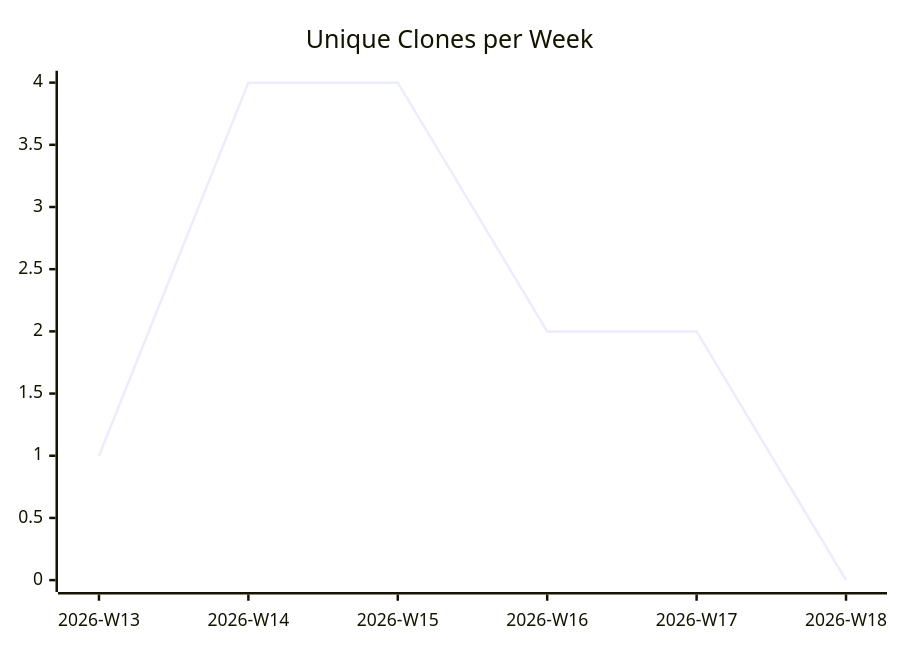
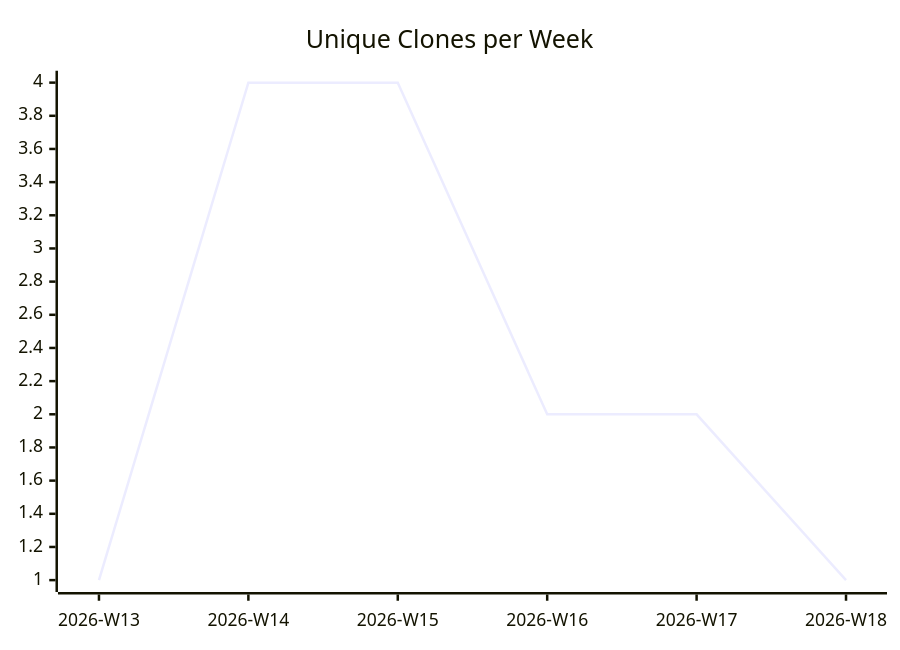
One commit to justdavis-family/github-analytics-data changed the third of 3 diagrams in karlmdavis/justdavis-puppet/README.md. Above: the diagram before and after it, drawn with Mermaid. The commit also changed other lines of this file and 184 other files, not shown here.

````diff
--- a/karlmdavis/justdavis-puppet/README.md
+++ b/karlmdavis/justdavis-puppet/README.md
@@ -19,6 +19,6 @@
 ```mermaid
 xychart-beta
   title "Unique Clones per Week"
   x-axis ["2026-W13", "2026-W14", "2026-W15", "2026-W16", "2026-W17", "2026-W18"]
-  line [1, 4, 4, 2, 2, 0]
+  line [1, 4, 4, 2, 2, 1]
 ```
````
